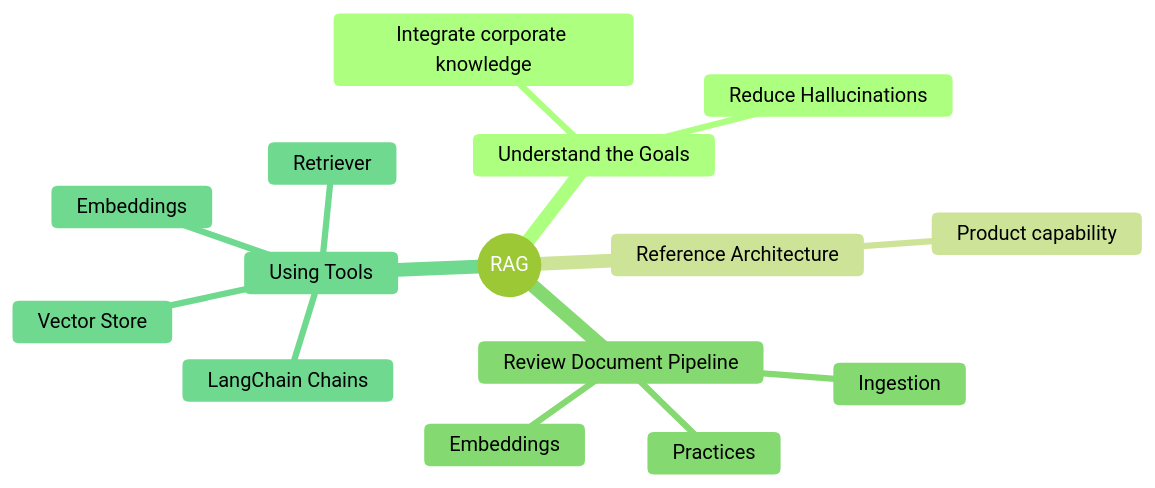
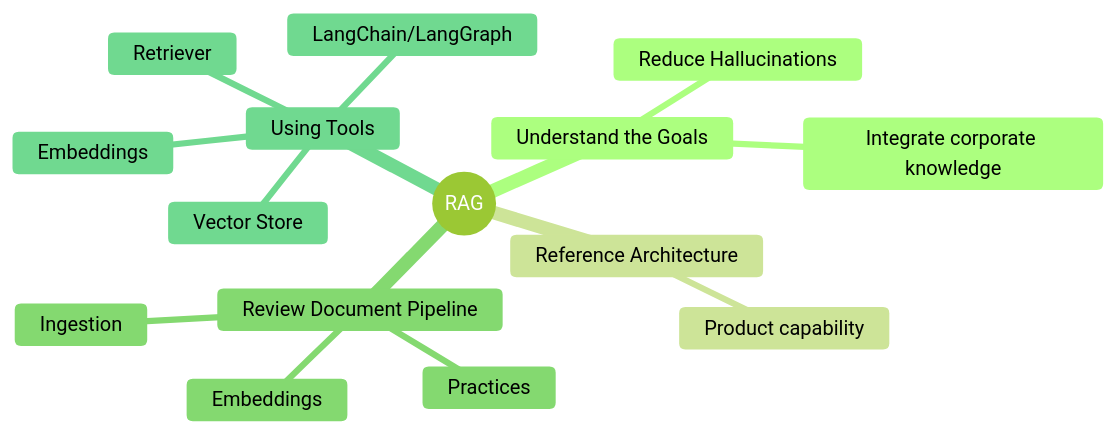
One commit to jbcodeforce/ML-studies changed the first of 2 diagrams in docs/genAI/rag.md. Above: the diagram before and after it, drawn with Mermaid (forest theme). The commit also changed other lines of this file and 11 other files, not shown here.

````diff
--- a/docs/genAI/rag.md
+++ b/docs/genAI/rag.md
@@ -5,18 +5,18 @@
 ```mermaid
 mindmap
   root((RAG))
     Understand the Goals
       Reduce Hallucinations
       Integrate corporate knowledge
     Reference Architecture
         Product capability
     Review Document Pipeline
       Ingestion
       Embeddings
       Practices
     Using Tools
       Vector Store
       Embeddings
       Retriever
-      LangChain Chains
+      LangChain/LangGraph
 ```
````
